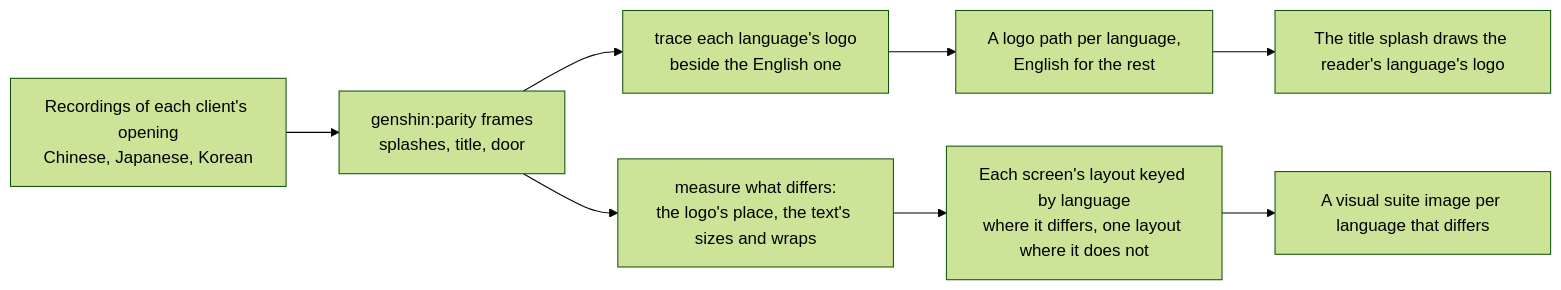
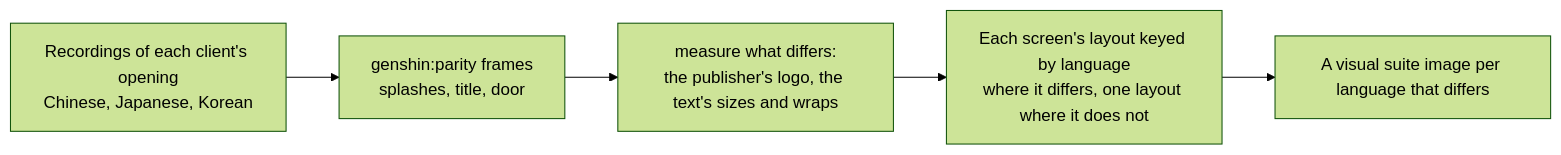
Before and after one commit to Esposter/Esposter: the diagram in apps/web/content/docs/proposals/genshin/localized-opening.md, drawn with Mermaid (forest theme). The commit also changed other lines of this file and 22 other files, not shown here.

First line of the commit message:
feat(genshin-world): draw the title splash's logo as each language's client does, traced from the game's own sprites

````diff
--- a/apps/web/content/docs/proposals/genshin/localized-opening.md
+++ b/apps/web/content/docs/proposals/genshin/localized-opening.md
@@ -13,10 +13,7 @@
 ```mermaid
 flowchart LR
   Videos["Recordings of each client's opening<br/>Chinese, Japanese, Korean"] --> Frames["genshin:parity frames<br/>splashes, title, door"]
-  Frames --> Trace["trace each language's logo<br/>beside the English one"]
-  Frames --> Measure["measure what differs:<br/>the logo's place, the text's sizes and wraps"]
-  Trace --> Map["A logo path per language,<br/>English for the rest"]
+  Frames --> Measure["measure what differs:<br/>the publisher's logo, the text's sizes and wraps"]
   Measure --> Screens["Each screen's layout keyed by language<br/>where it differs, one layout where it does not"]
-  Map --> Splash["The title splash draws the reader's language's logo"]
   Screens --> Visual["A visual suite image per language that differs"]
 ```
````
